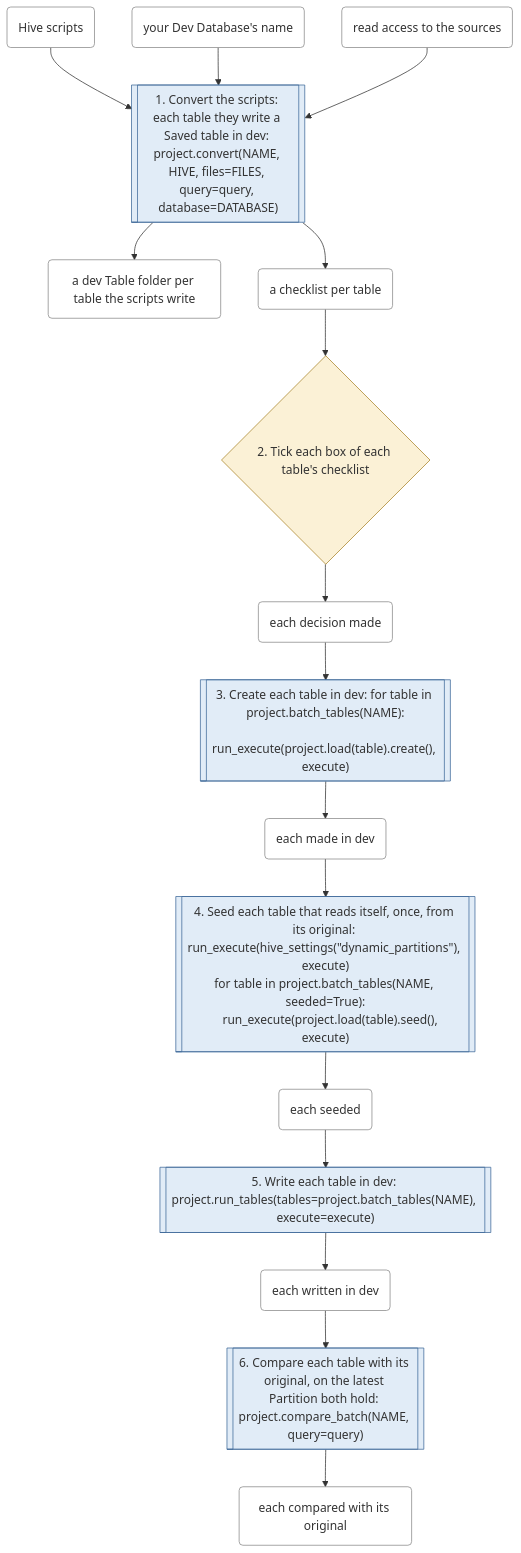
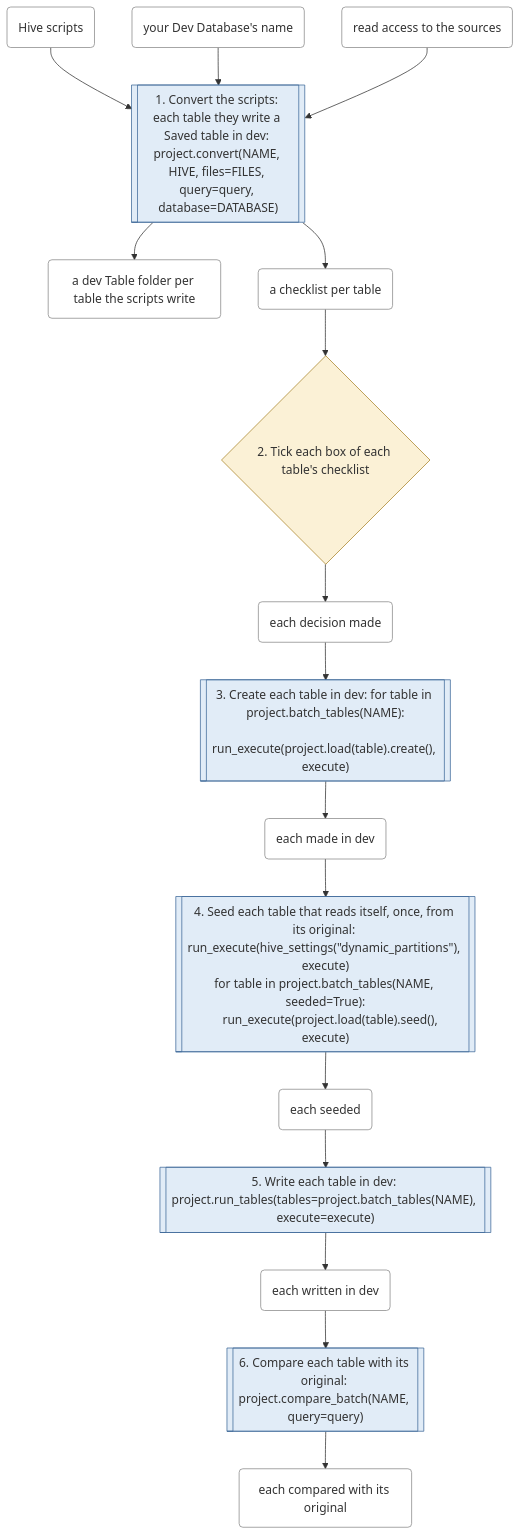
The first of 6 diagrams in docs/workflows.md (EdgyPage/SQL-Composer), drawn with Mermaid before and after one commit. The commit also changed 15 other files, not shown here.

````diff
--- a/docs/workflows.md
+++ b/docs/workflows.md
@@ -23,58 +23,58 @@
 ```mermaid
 flowchart TD
     s0[["1. Convert the scripts: each table they write a Saved table in dev: project.convert(NAME, HIVE, files=FILES, query=query, database=DATABASE)"]]
     class s0 permission
     t0 --> s0
     t1 --> s0
     t2 --> s0
     s0 --> t3
     s0 --> t4
     s1{"2. Tick each box of each table's checklist"}
     class s1 decision
     t4 --> s1
     s1 --> t5
     s2[["3. Create each table in dev: for table in project.batch_tables(NAME):
     run_execute(project.load(table).create(), execute)"]]
     class s2 permission
     t5 --> s2
     s2 --> t6
     s3[["4. Seed each table that reads itself, once, from its original: run_execute(hive_settings(#quot;dynamic_partitions#quot;), execute)
 for table in project.batch_tables(NAME, seeded=True):
     run_execute(project.load(table).seed(), execute)"]]
     class s3 permission
     t6 --> s3
     s3 --> t7
     s4[["5. Write each table in dev: project.run_tables(tables=project.batch_tables(NAME), execute=execute)"]]
     class s4 permission
     t7 --> s4
     s4 --> t8
-    s5[["6. Compare each table with its original, on the latest Partition both hold: project.compare_batch(NAME, query=query)"]]
+    s5[["6. Compare each table with its original: project.compare_batch(NAME, query=query)"]]
     class s5 permission
     t8 --> s5
     s5 --> t9
     t0("Hive scripts")
     class t0 thing
     t1("your Dev Database's name")
     class t1 thing
     t2("read access to the sources")
     class t2 thing
     t3("a dev Table folder per table the scripts write")
     class t3 thing
     t4("a checklist per table")
     class t4 thing
     t5("each decision made")
     class t5 thing
     t6("each made in dev")
     class t6 thing
     t7("each seeded")
     class t7 thing
     t8("each written in dev")
     class t8 thing
     t9("each compared with its original")
     class t9 thing
     classDef file fill:#e3f2e1,stroke:#4a8a3f
     classDef permission fill:#e1ecf7,stroke:#3f6a9a
     classDef decision fill:#fbf1d6,stroke:#a8842a
     classDef fiddling fill:#f8d7d5,stroke:#b03a30
     classDef thing fill:#ffffff,stroke:#888888
 ```
````
